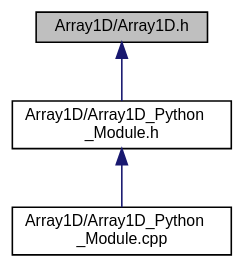
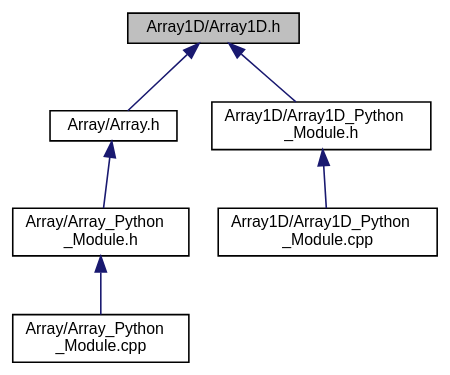
Before and after one commit to OsmanAEG/PySYCL: the diagram in docs/PySYCL_doxygen_html/_array1_d_8h__dep__incl.dot, drawn with Graphviz. The commit also changed 160 other files, not shown here.

```diff
--- a/docs/PySYCL_doxygen_html/_array1_d_8h__dep__incl.dot
+++ b/docs/PySYCL_doxygen_html/_array1_d_8h__dep__incl.dot
@@ -1,13 +1,19 @@
 digraph "Array1D/Array1D.h"
 {
  // INTERACTIVE_SVG=YES
  // LATEX_PDF_SIZE
   bgcolor="transparent";
   edge [fontname="Helvetica",fontsize="10",labelfontname="Helvetica",labelfontsize="10"];
   node [fontname="Helvetica",fontsize="10",shape=record];
   Node1 [label="Array1D/Array1D.h",height=0.2,width=0.4,color="black", fillcolor="grey75", style="filled", fontcolor="black",tooltip="Array1D in PySYCL."];
   Node1 -> Node2 [dir="back",color="midnightblue",fontsize="10",style="solid",fontname="Helvetica"];
-  Node2 [label="Array1D/Array1D_Python\l_Module.h",height=0.2,width=0.4,color="black",URL="$_array1_d___python___module_8h.html",tooltip="Python module for an array_1d object in PySYCL."];
+  Node2 [label="Array/Array.h",height=0.2,width=0.4,color="black",URL="$_array_8h.html",tooltip="Array in PySYCL."];
   Node2 -> Node3 [dir="back",color="midnightblue",fontsize="10",style="solid",fontname="Helvetica"];
-  Node3 [label="Array1D/Array1D_Python\l_Module.cpp",height=0.2,width=0.4,color="black",URL="$_array1_d___python___module_8cpp.html",tooltip="Python module for array_1d in PySYCL."];
+  Node3 [label="Array/Array_Python\l_Module.h",height=0.2,width=0.4,color="black",URL="$_array___python___module_8h.html",tooltip="Python module for an array object in PySYCL."];
+  Node3 -> Node4 [dir="back",color="midnightblue",fontsize="10",style="solid",fontname="Helvetica"];
+  Node4 [label="Array/Array_Python\l_Module.cpp",height=0.2,width=0.4,color="black",URL="$_array___python___module_8cpp.html",tooltip="Python module for array in PySYCL."];
+  Node1 -> Node5 [dir="back",color="midnightblue",fontsize="10",style="solid",fontname="Helvetica"];
+  Node5 [label="Array1D/Array1D_Python\l_Module.h",height=0.2,width=0.4,color="black",URL="$_array1_d___python___module_8h.html",tooltip="Python module for an array_1d object in PySYCL."];
+  Node5 -> Node6 [dir="back",color="midnightblue",fontsize="10",style="solid",fontname="Helvetica"];
+  Node6 [label="Array1D/Array1D_Python\l_Module.cpp",height=0.2,width=0.4,color="black",URL="$_array1_d___python___module_8cpp.html",tooltip="Python module for array_1d in PySYCL."];
 }
```
